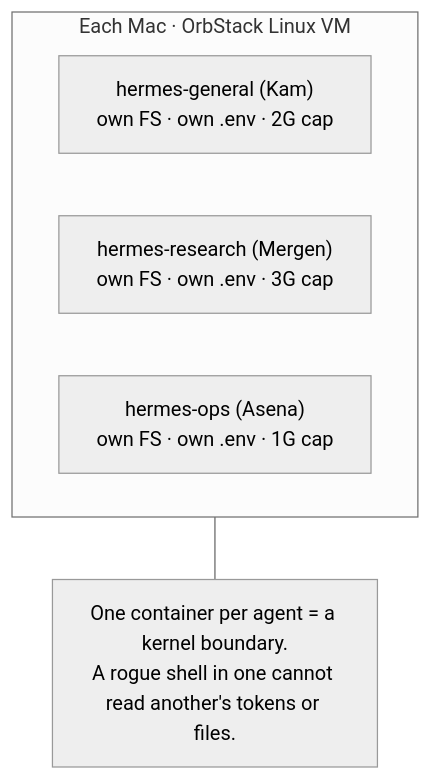
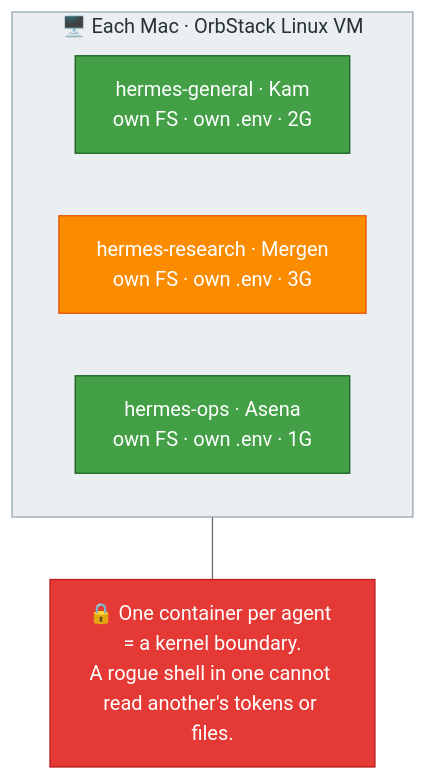
Before and after one commit to mpolatcan/hermes-setup: the diagram in docs/01-architecture.md, drawn with Mermaid (neutral theme). The commit also changed 8 other files, not shown here.

First line of the commit message:
docs: Material Design styling on all diagrams + ASCII→mermaid

````diff
--- a/docs/01-architecture.md
+++ b/docs/01-architecture.md
@@ -7,10 +7,14 @@
 ```mermaid
 flowchart TB
-    subgraph vm["Each Mac · OrbStack Linux VM"]
-        a["hermes-general (Kam)<br/>own FS · own .env · 2G cap"]
-        b["hermes-research (Mergen)<br/>own FS · own .env · 3G cap"]
-        c["hermes-ops (Asena)<br/>own FS · own .env · 1G cap"]
+    subgraph vm["🖥️ Each Mac · OrbStack Linux VM"]
+        a["hermes-general · Kam<br/>own FS · own .env · 2G"]:::mini
+        b["hermes-research · Mergen<br/>own FS · own .env · 3G"]:::codex
+        c["hermes-ops · Asena<br/>own FS · own .env · 1G"]:::mini
     end
-    boundary["One container per agent = a kernel boundary.<br/>A rogue shell in one cannot read another's tokens or files."]
+    boundary["🔒 One container per agent = a kernel boundary.<br/>A rogue shell in one cannot read another's tokens or files."]:::danger
     vm --- boundary
+    classDef mini fill:#43A047,stroke:#1B5E20,color:#fff
+    classDef codex fill:#FB8C00,stroke:#E65100,color:#fff
+    classDef danger fill:#E53935,stroke:#B71C1C,color:#fff
+    style vm fill:#ECEFF1,stroke:#90A4AE,color:#263238
 ```
````
